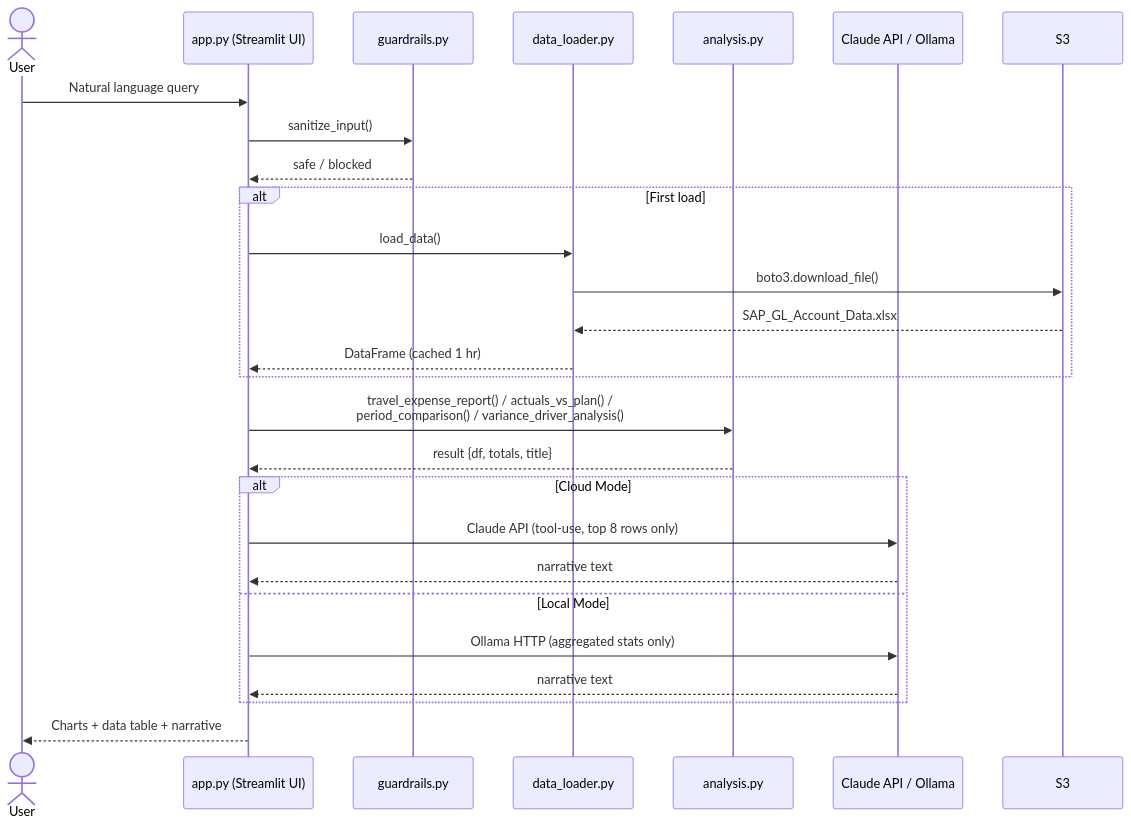
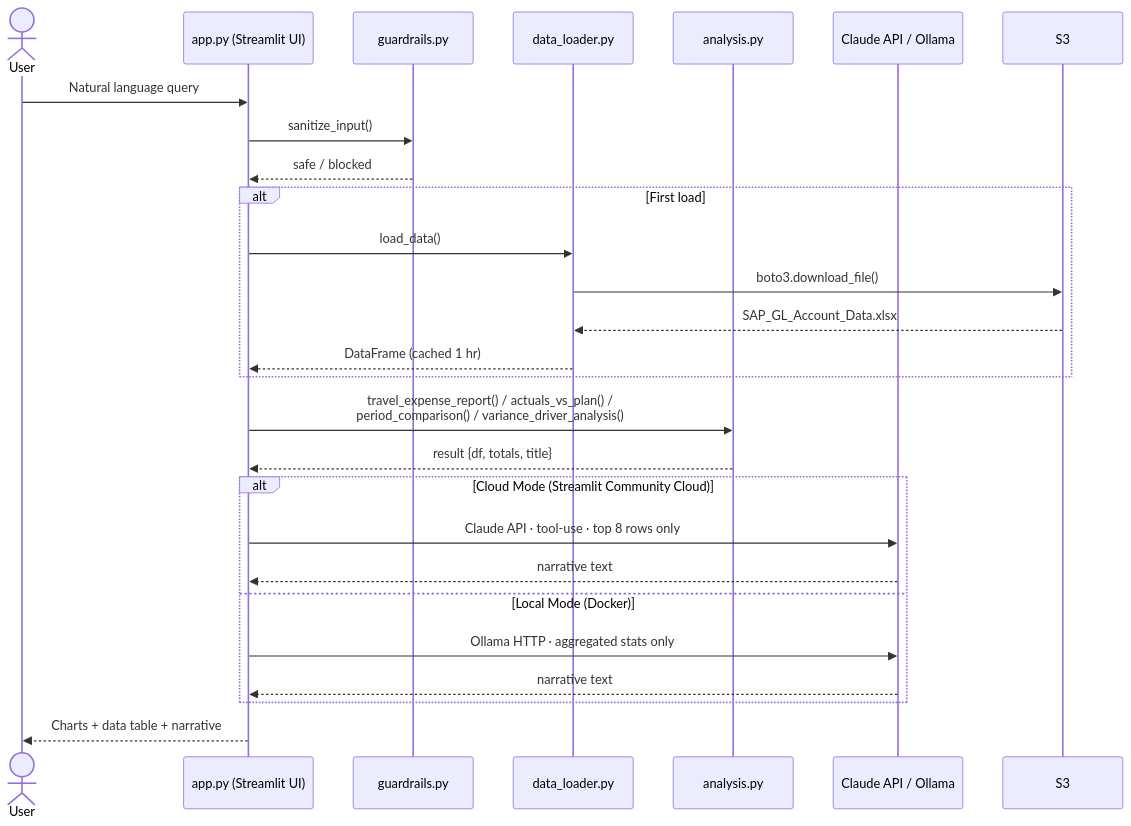
Before and after one commit to swapna15/financial_reporting: the second of 2 diagrams in docs/architecture.md, drawn with Mermaid. The commit also changed other lines of this file, not shown here.

First line of the commit message:
Update architecture diagram: remove Vercel, fix local dev topology

````diff
--- a/docs/architecture.md
+++ b/docs/architecture.md
@@ -66,33 +73,33 @@
 ```mermaid
 sequenceDiagram
     actor User
     participant UI   as app.py (Streamlit UI)
     participant GR   as guardrails.py
     participant DL   as data_loader.py
     participant AN   as analysis.py
     participant AI   as Claude API / Ollama
 
     User->>UI: Natural language query
     UI->>GR: sanitize_input()
     GR-->>UI: safe / blocked
 
     alt First load
         UI->>DL: load_data()
         DL->>S3: boto3.download_file()
         S3-->>DL: SAP_GL_Account_Data.xlsx
         DL-->>UI: DataFrame (cached 1 hr)
     end
 
     UI->>AN: travel_expense_report() / actuals_vs_plan() /<br/>period_comparison() / variance_driver_analysis()
     AN-->>UI: result {df, totals, title}
 
-    alt Cloud Mode
-        UI->>AI: Claude API (tool-use, top 8 rows only)
+    alt Cloud Mode (Streamlit Community Cloud)
+        UI->>AI: Claude API · tool-use · top 8 rows only
         AI-->>UI: narrative text
-    else Local Mode
-        UI->>AI: Ollama HTTP (aggregated stats only)
+    else Local Mode (Docker)
+        UI->>AI: Ollama HTTP · aggregated stats only
         AI-->>UI: narrative text
     end
 
     UI-->>User: Charts + data table + narrative
 ```
````
